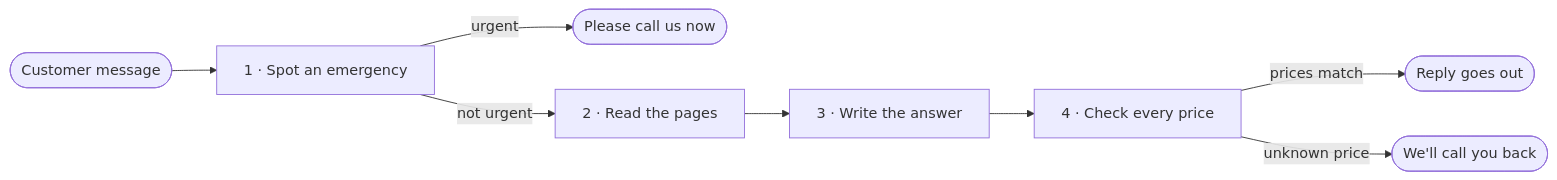
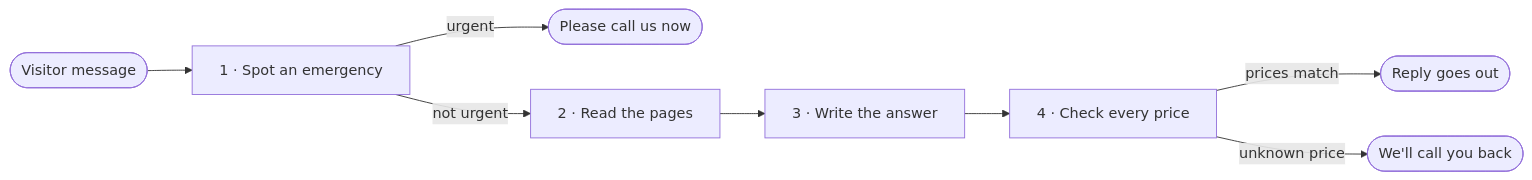
Before and after one commit to RoxanaTapia/maple-street-front-desk: the diagram in README.md, drawn with Mermaid. The commit also changed other lines of this file, not shown here.

````diff
--- a/README.md
+++ b/README.md
@@ -33,10 +44,10 @@
 ```mermaid
 flowchart LR
-    msg([Customer message]) --> one["1 · Spot an emergency"]
+    msg([Visitor message]) --> one["1 · Spot an emergency"]
     one -->|urgent| call([Please call us now])
     one -->|not urgent| two["2 · Read the pages"]
     two --> three["3 · Write the answer"]
     three --> four["4 · Check every price"]
     four -->|prices match| reply([Reply goes out])
     four -->|unknown price| back([We'll call you back])
 ```
````
